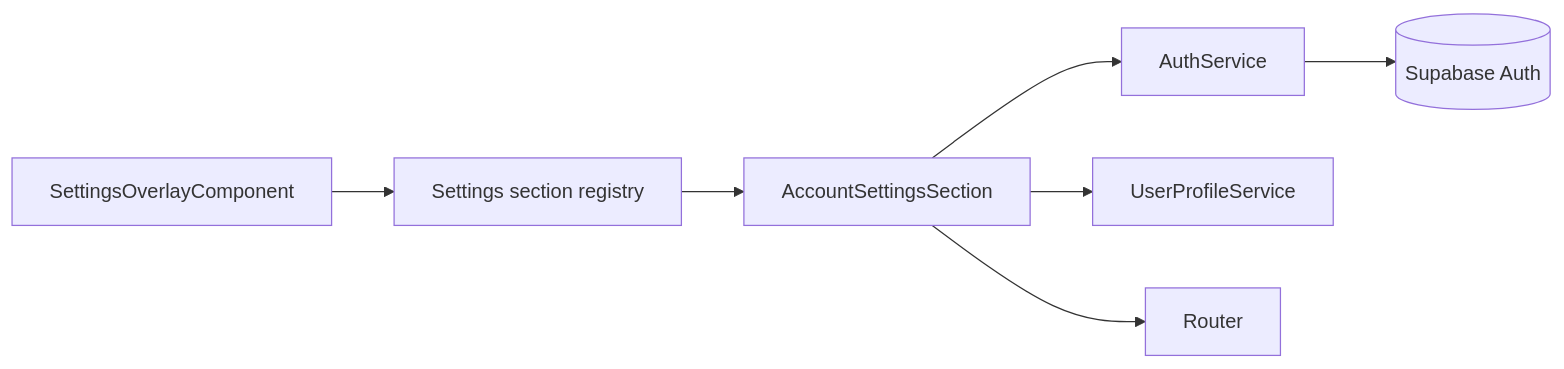
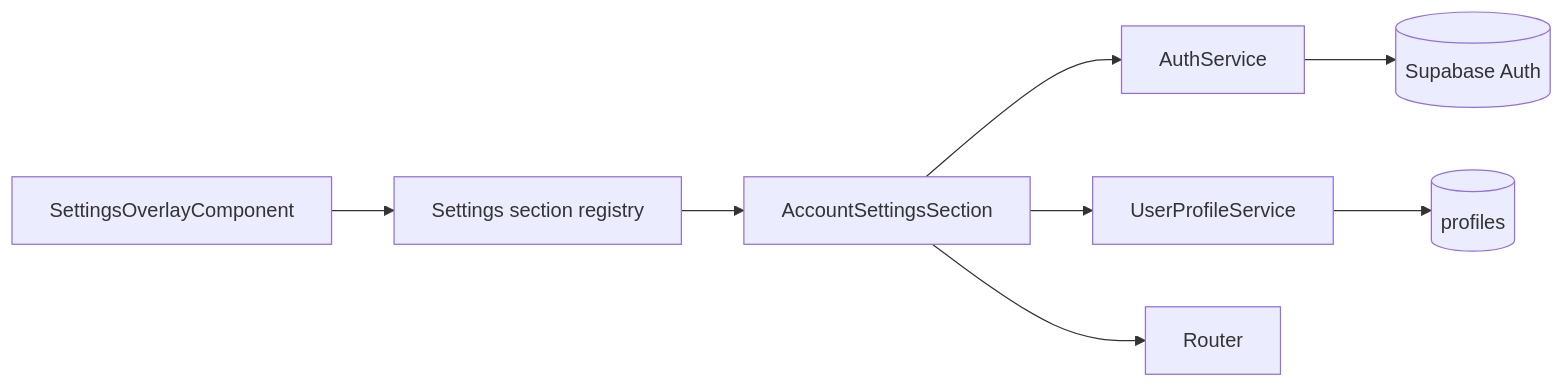
One commit to matkleve/feldpost changed the third of 3 diagrams in docs/element-specs/account-settings-section.md. Above: the diagram before and after it, drawn with Mermaid. The commit also changed other lines of this file and 54 other files, not shown here.

````diff
--- a/docs/element-specs/account-settings-section.md
+++ b/docs/element-specs/account-settings-section.md
@@ -144,9 +234,10 @@
 ```mermaid
 flowchart LR
     SO[SettingsOverlayComponent] --> REG[Settings section registry]
     REG --> ACC[AccountSettingsSection]
     ACC --> AUTH[AuthService]
     ACC --> UP[UserProfileService]
     AUTH --> SUPA[(Supabase Auth)]
+        UP --> DB[(profiles)]
     ACC --> R[Router]
 ```
````
